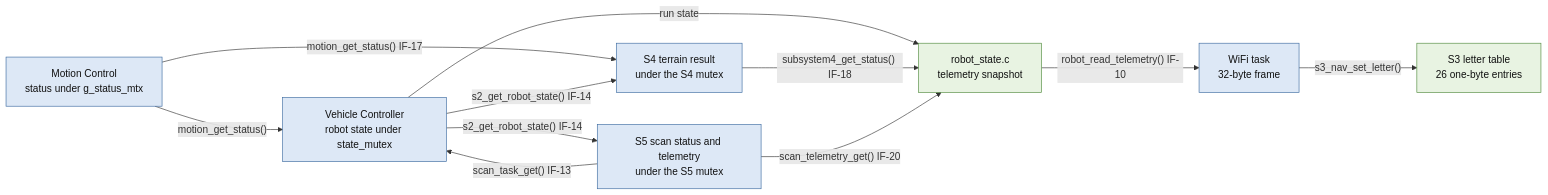
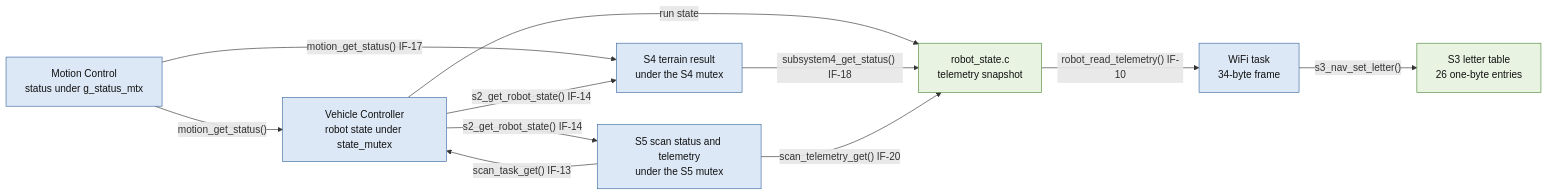
One commit to timothyckl/INF2004-P2-08-RobotCar changed the second of 7 diagrams in docs/final_architecture.md. Above: the diagram before and after it, drawn with Mermaid. The commit also changed other lines of this file and 20 other files, not shown here.

````diff
--- a/docs/final_architecture.md
+++ b/docs/final_architecture.md
@@ -108,26 +108,26 @@
 ```mermaid
 flowchart LR
   MC["Motion Control<br/>status under g_status_mtx"]
   CTRL["Vehicle Controller<br/>robot state under state_mutex"]
   S3T["S3 letter table<br/>26 one-byte entries"]
   S4["S4 terrain result<br/>under the S4 mutex"]
   S5["S5 scan status and telemetry<br/>under the S5 mutex"]
   RS["robot_state.c<br/>telemetry snapshot"]
-  WIFI["WiFi task<br/>32-byte frame"]
+  WIFI["WiFi task<br/>34-byte frame"]
 
   MC -->|"motion_get_status()"| CTRL
   MC -->|"motion_get_status() IF-17"| S4
   CTRL -->|"s2_get_robot_state() IF-14"| S4
   CTRL -->|"s2_get_robot_state() IF-14"| S5
   S5 -->|"scan_task_get() IF-13"| CTRL
   CTRL -->|"run state"| RS
   S4 -->|"subsystem4_get_status() IF-18"| RS
   S5 -->|"scan_telemetry_get() IF-20"| RS
   RS -->|"robot_read_telemetry() IF-10"| WIFI
   WIFI -->|"s3_nav_set_letter()"| S3T
 
   classDef task fill:#dde8f6,stroke:#3b6aa0,color:#111111
   classDef data fill:#e8f3e2,stroke:#4f8a3b,color:#111111
   class MC,CTRL,S4,S5,WIFI task
   class S3T,RS data
 ```
````
